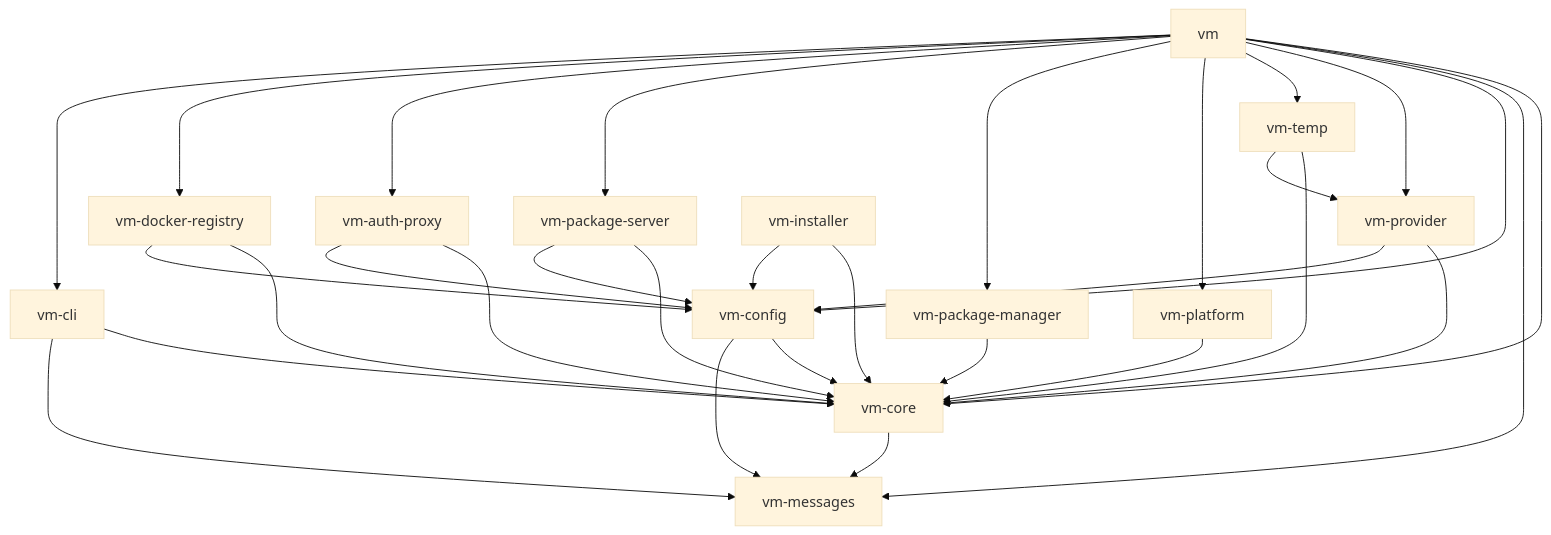
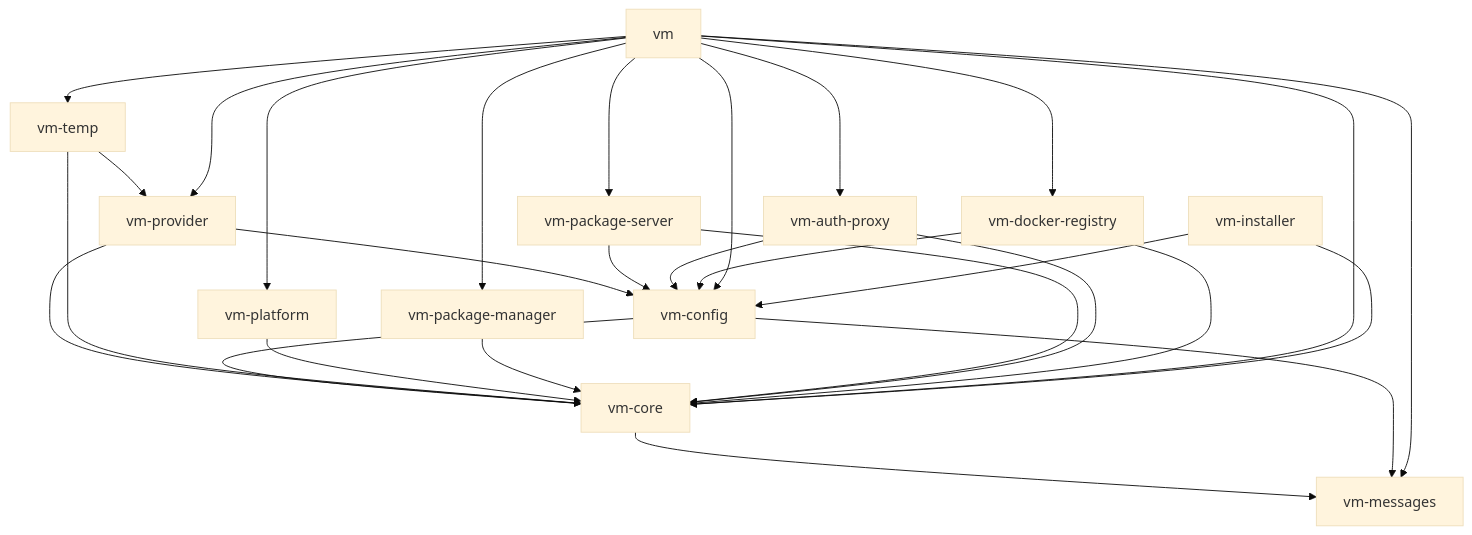
One commit to goobits/vm changed the diagram in rust/ARCHITECTURE.md. Above: the diagram before and after it, drawn with Mermaid (base theme). The commit also changed other lines of this file and 46 other files, not shown here.

````diff
--- a/rust/ARCHITECTURE.md
+++ b/rust/ARCHITECTURE.md
@@ -204,46 +193,43 @@
 ```mermaid
 graph TD
     %% Foundation layer
     A[vm-core] --> B[vm-messages]
 
     %% Configuration layer
     C[vm-config] --> A
     C --> B
 
     %% Provider layer
     D[vm-provider] --> A
     D --> C
     E[vm-temp] --> A
     E --> D
 
     %% Utility layer
     F[vm-platform] --> A
     G[vm-package-manager] --> A
 
     %% Service layer
     H[vm-package-server] --> A
     H --> C
     I[vm-auth-proxy] --> A
     I --> C
     J[vm-docker-registry] --> A
     J --> C
 
     %% Application layer
-    K[vm-cli] --> A
-    K --> B
     L[vm] --> A
     L --> B
     L --> C
     L --> D
     L --> E
     L --> F
     L --> G
     L --> H
     L --> I
     L --> J
-    L --> K
 
     %% Installer
     M[vm-installer] --> A
     M --> C
 ```
````
